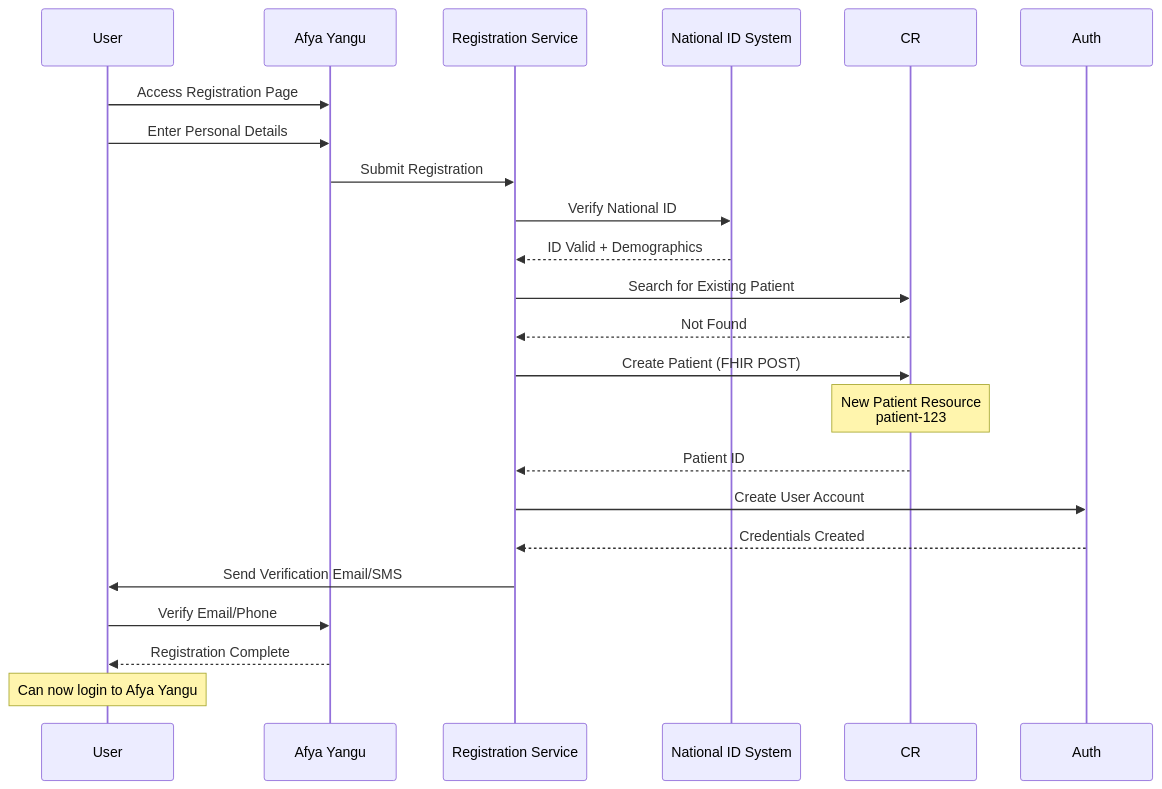
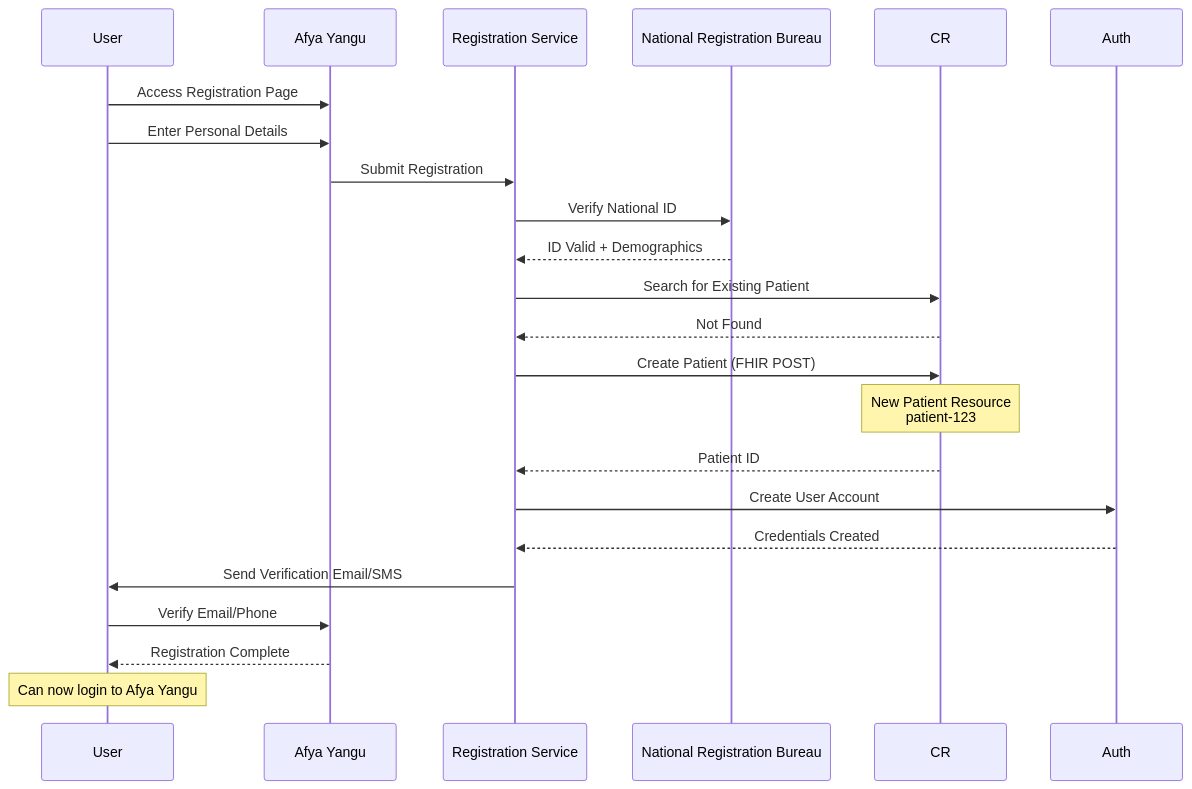
The second of 8 diagrams in AfyaYangu/dependants_management/PP_04_Family_Dependents_v2.md (ageryck/Sample-Test-Codes), drawn with Mermaid before and after one commit. The commit also changed other lines of this file and 1 other file, not shown here.

Commit message:
revised beneficiary management

````diff
--- a/AfyaYangu/dependants_management/PP_04_Family_Dependents_v2.md
+++ b/AfyaYangu/dependants_management/PP_04_Family_Dependents_v2.md
@@ -163,32 +163,32 @@
 ```mermaid
 sequenceDiagram
     participant User
     participant AY as Afya Yangu
     participant Reg as Registration Service
-    participant NID as National ID System
+    participant NRB as National Registration Bureau
     participant CR
     participant Auth
     
     User->>AY: Access Registration Page
     User->>AY: Enter Personal Details
     
     AY->>Reg: Submit Registration
-    Reg->>NID: Verify National ID
-    NID-->>Reg: ID Valid + Demographics
+    Reg->>NRB: Verify National ID
+    NRB-->>Reg: ID Valid + Demographics
     
     Reg->>CR: Search for Existing Patient
     CR-->>Reg: Not Found
     
     Reg->>CR: Create Patient (FHIR POST)
     Note over CR: New Patient Resource<br/>patient-123
     CR-->>Reg: Patient ID
     
     Reg->>Auth: Create User Account
     Auth-->>Reg: Credentials Created
     
     Reg->>User: Send Verification Email/SMS
     User->>AY: Verify Email/Phone
     
     AY-->>User: Registration Complete
     Note over User: Can now login to Afya Yangu
 ```
````
